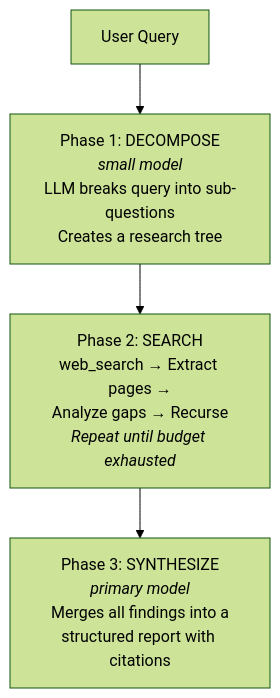
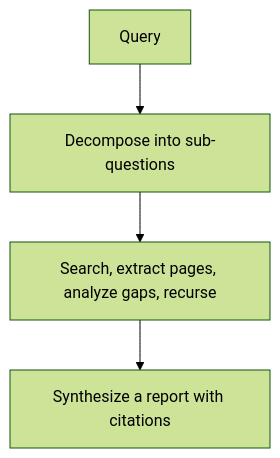
Before and after one commit to framerslab/agentos: the diagram in docs/memory/RAG_MEMORY_CONFIGURATION.md, drawn with Mermaid (forest theme). The commit also changed other lines of this file, not shown here.

````diff
--- a/docs/memory/RAG_MEMORY_CONFIGURATION.md
+++ b/docs/memory/RAG_MEMORY_CONFIGURATION.md
@@ -783,12 +718,6 @@
 ```mermaid
 flowchart TD
-    Q[User Query] --> P1
-
-    P1["Phase 1: DECOMPOSE<br/><i>small model</i><br/>LLM breaks query into sub-questions<br/>Creates a research tree"]
-    P1 --> P2
-
-    P2["Phase 2: SEARCH<br/>web_search → Extract pages →<br/>Analyze gaps → Recurse<br/><i>Repeat until budget exhausted</i>"]
-    P2 --> P3
-
-    P3["Phase 3: SYNTHESIZE<br/><i>primary model</i><br/>Merges all findings into a<br/>structured report with citations"]
+    Q[Query] --> P1["Decompose into sub-questions"]
+    P1 --> P2["Search, extract pages, analyze gaps, recurse"]
+    P2 --> P3["Synthesize a report with citations"]
 ```
````
